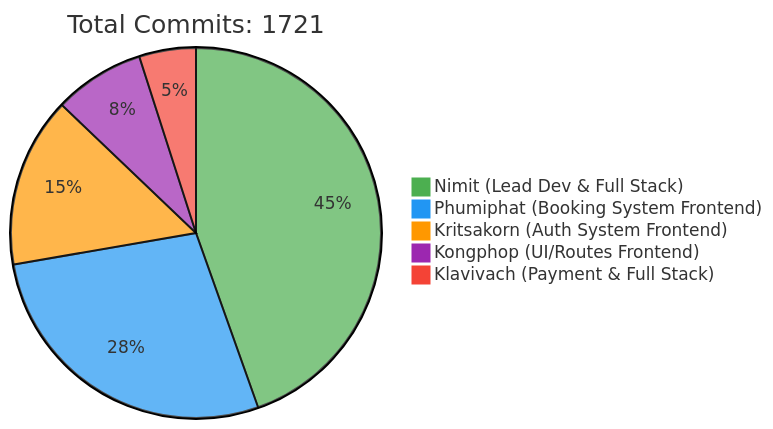
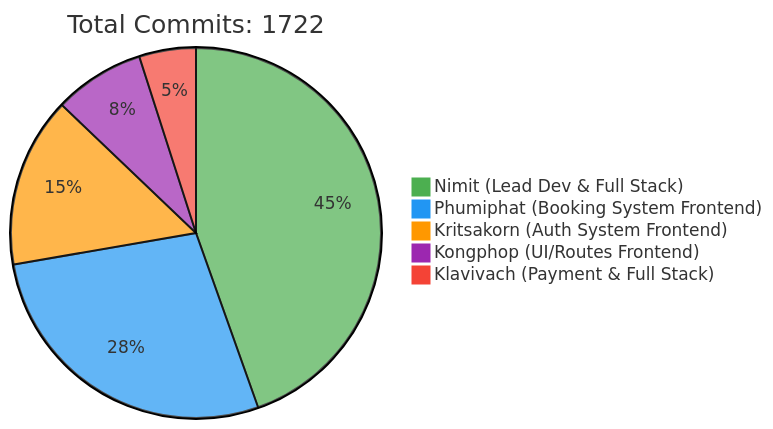
Before and after one commit to 6531503042/Sport-Complex: the first of 2 diagrams in README.md, drawn with Mermaid. The commit also changed other lines of this file, not shown here.

Commit message:
docs: Update contributor statistics [skip ci]

````diff
--- a/README.md
+++ b/README.md
@@ -257,10 +257,10 @@
 ```mermaid
 %%{init: {'theme': 'base', 'themeVariables': { 'pie1': '#4CAF50', 'pie2': '#2196F3', 'pie3': '#FF9800', 'pie4': '#9C27B0', 'pie5': '#F44336'}}}%%
 pie
-    title Total Commits: 1721
+    title Total Commits: 1722
     "Nimit (Lead Dev & Full Stack)" : 450
     "Phumiphat (Booking System Frontend)" : 280
     "Kritsakorn (Auth System Frontend)" : 150
     "Kongphop (UI/Routes Frontend)" : 80
     "Klavivach (Payment & Full Stack)" : 50
 ```
````
